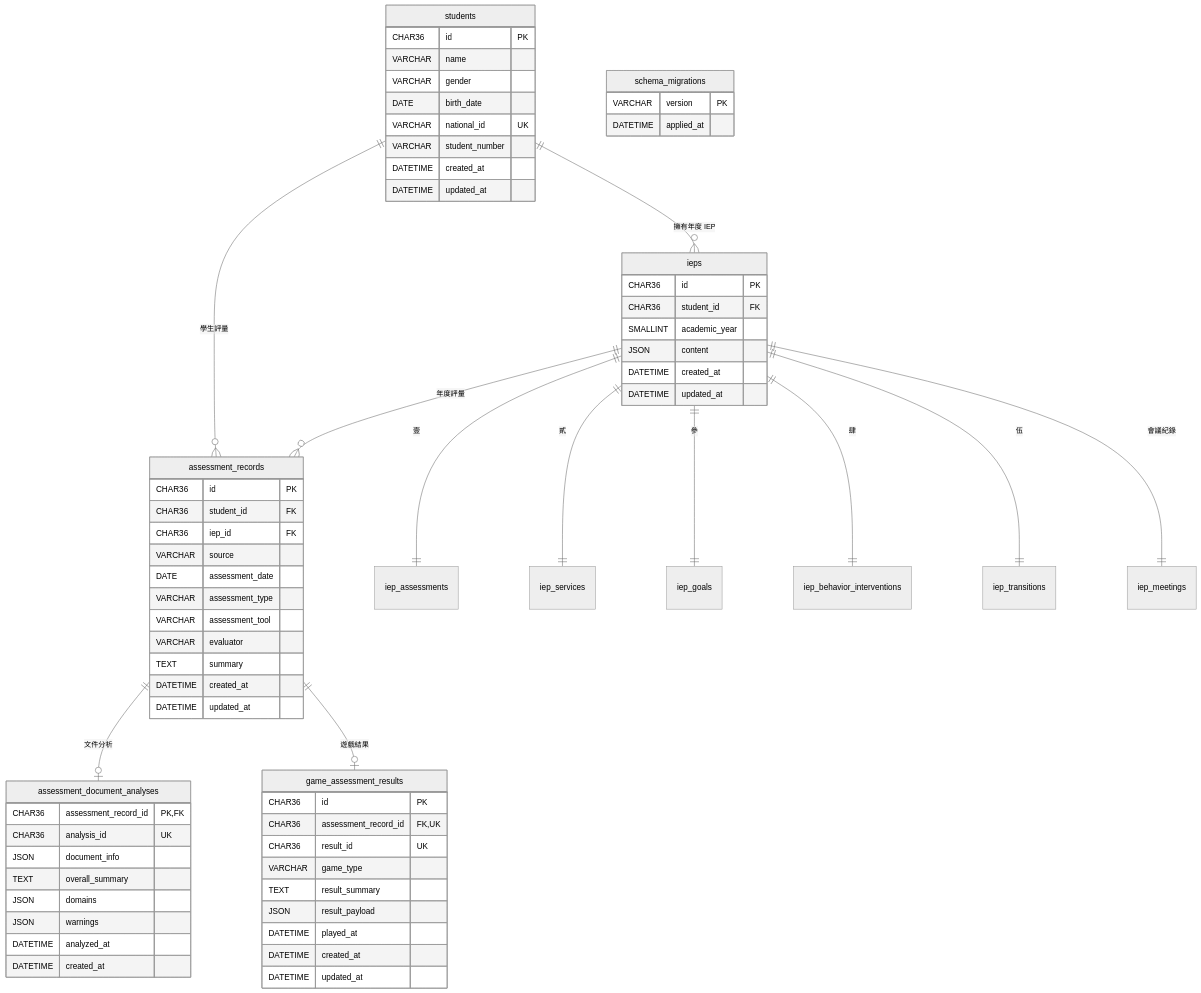
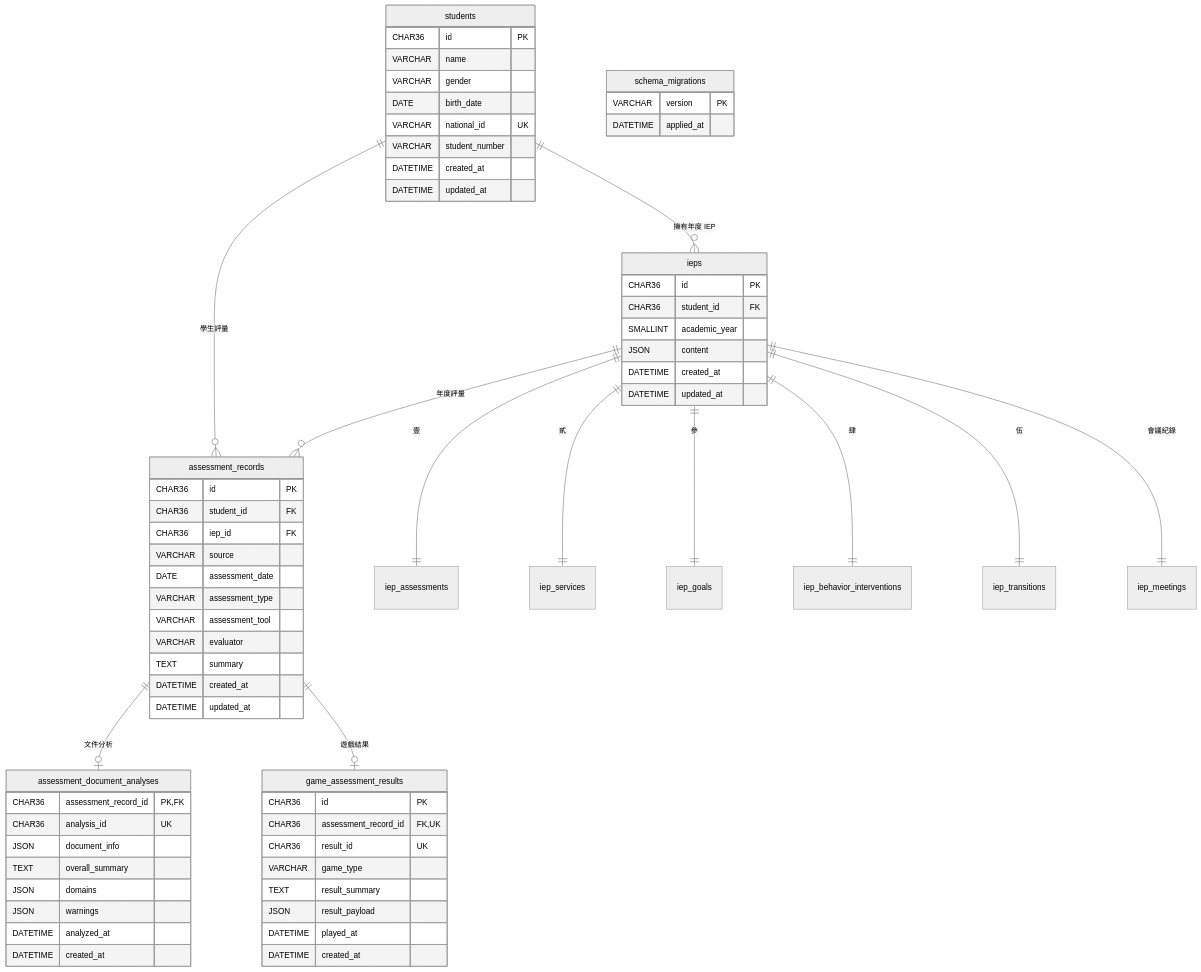
One commit to 100205ivan/IEP changed the diagram in README.md. Above: the diagram before and after it, drawn with Mermaid (neutral theme). The commit also changed other lines of this file and 1 other file, not shown here.

```diff
--- a/README.md
+++ b/README.md
@@ -200,71 +208,70 @@
 ~~~mermaid
 erDiagram
     students ||--o{ ieps : "擁有年度 IEP"
     students ||--o{ assessment_records : "學生評量"
     ieps ||--o{ assessment_records : "年度評量"
     ieps ||--|| iep_assessments : "壹"
     ieps ||--|| iep_services : "貳"
     ieps ||--|| iep_goals : "參"
     ieps ||--|| iep_behavior_interventions : "肆"
     ieps ||--|| iep_transitions : "伍"
     ieps ||--|| iep_meetings : "會議紀錄"
     assessment_records ||--o| assessment_document_analyses : "文件分析"
     assessment_records ||--o| game_assessment_results : "遊戲結果"
 
     students {
         CHAR36 id PK
         VARCHAR name
         VARCHAR gender
         DATE birth_date
         VARCHAR national_id UK
         VARCHAR student_number
         DATETIME created_at
         DATETIME updated_at
     }
     ieps {
         CHAR36 id PK
         CHAR36 student_id FK
         SMALLINT academic_year
         JSON content
         DATETIME created_at
         DATETIME updated_at
     }
     assessment_records {
         CHAR36 id PK
         CHAR36 student_id FK
         CHAR36 iep_id FK
         VARCHAR source
         DATE assessment_date
         VARCHAR assessment_type
         VARCHAR assessment_tool
         VARCHAR evaluator
         TEXT summary
         DATETIME created_at
         DATETIME updated_at
     }
     assessment_document_analyses {
         CHAR36 assessment_record_id PK, FK
         CHAR36 analysis_id UK
         JSON document_info
         TEXT overall_summary
         JSON domains
         JSON warnings
         DATETIME analyzed_at
         DATETIME created_at
     }
     game_assessment_results {
         CHAR36 id PK
         CHAR36 assessment_record_id FK, UK
         CHAR36 result_id UK
         VARCHAR game_type
         TEXT result_summary
         JSON result_payload
         DATETIME played_at
         DATETIME created_at
-        DATETIME updated_at
     }
     schema_migrations {
         VARCHAR version PK
         DATETIME applied_at
     }
 ~~~
```
